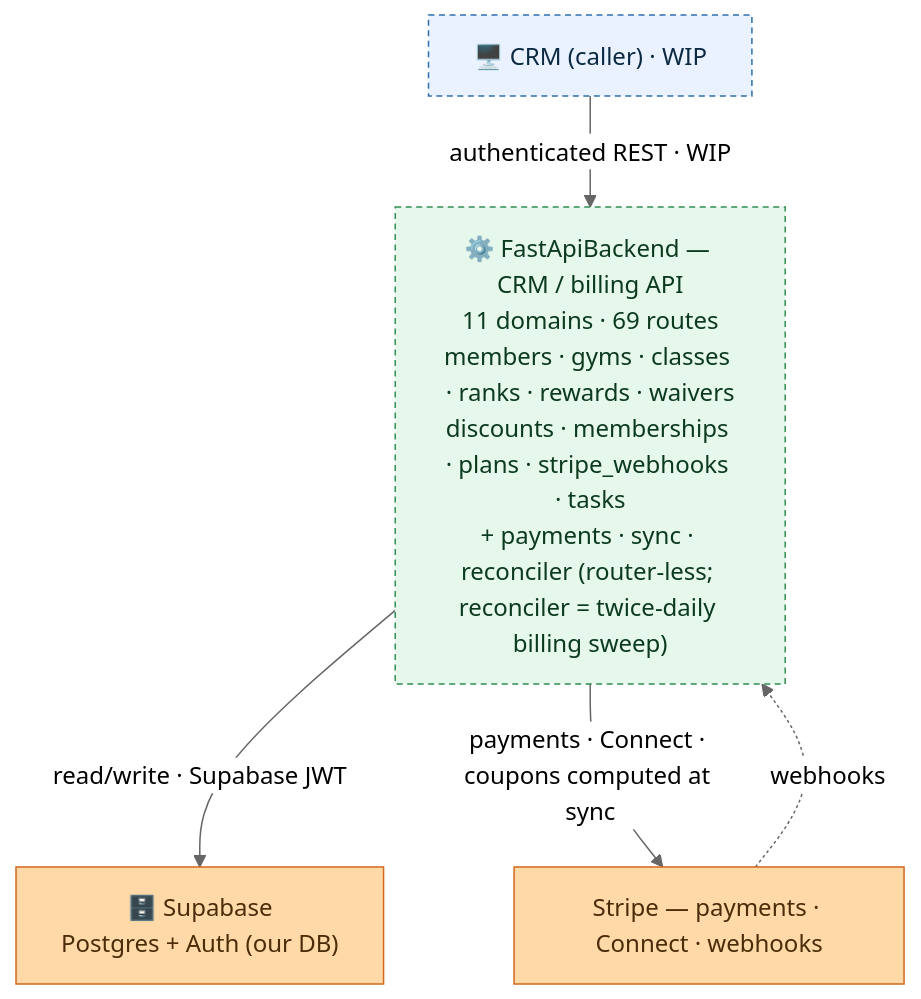
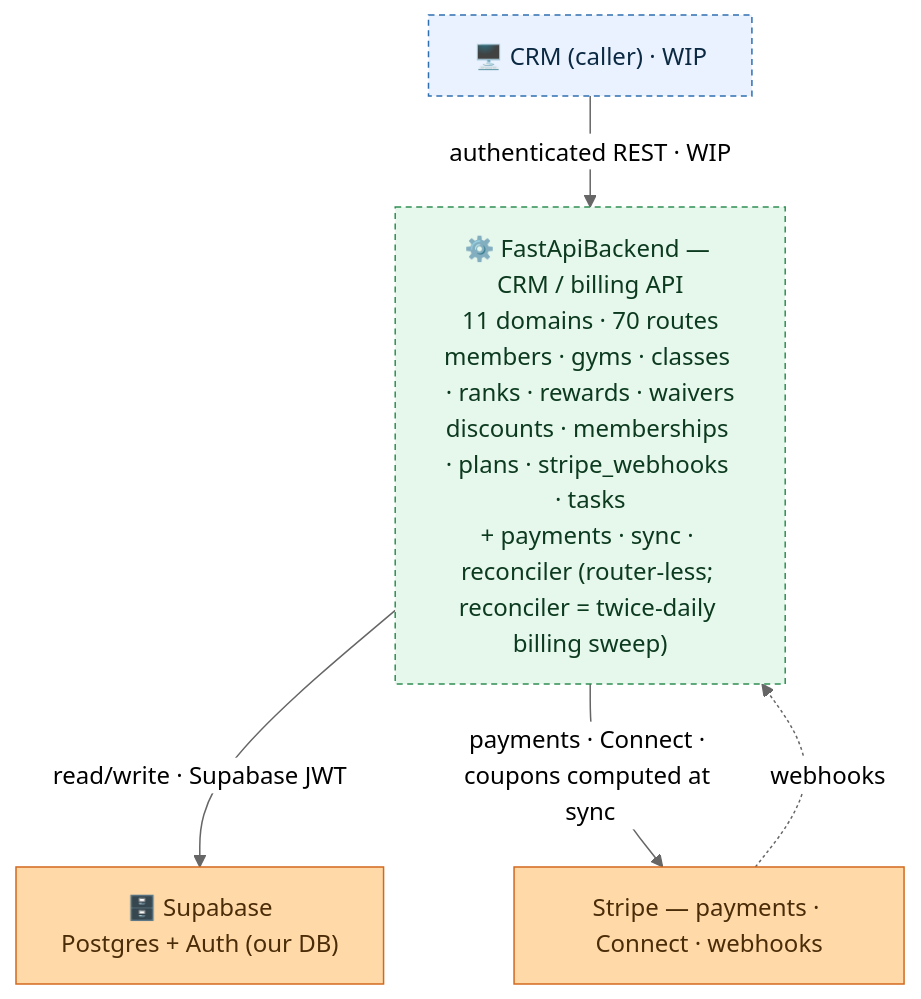
The diagram in FastApiBackend/README.md (jesse51002/CombatDen), drawn with Mermaid (neutral theme) before and after one commit. The commit also changed other lines of this file and 19 other files, not shown here.

First line of the commit message:
Refund a prior charge under member_memberships (card via Stripe + cash)

````diff
--- a/FastApiBackend/README.md
+++ b/FastApiBackend/README.md
@@ -15,19 +15,19 @@
 ```mermaid
 flowchart TB
   CRM["🖥️ CRM (caller) · WIP"]
-  FB["⚙️ FastApiBackend — CRM / billing API<br/>11 domains · 69 routes<br/>members · gyms · classes · ranks · rewards · waivers<br/>discounts · memberships · plans · stripe_webhooks · tasks<br/>+ payments · sync · reconciler (router-less; reconciler = twice-daily billing sweep)"]
+  FB["⚙️ FastApiBackend — CRM / billing API<br/>11 domains · 70 routes<br/>members · gyms · classes · ranks · rewards · waivers<br/>discounts · memberships · plans · stripe_webhooks · tasks<br/>+ payments · sync · reconciler (router-less; reconciler = twice-daily billing sweep)"]
   Supabase["🗄️ Supabase<br/>Postgres + Auth (our DB)"]
   Stripe["Stripe — payments · Connect · webhooks"]
   CRM -->|"authenticated REST · WIP"| FB
   FB -->|"read/write · Supabase JWT"| Supabase
   FB -->|"payments · Connect · coupons computed at sync"| Stripe
   Stripe -.->|"webhooks"| FB
   classDef client fill:#eaf2ff,stroke:#2f6fb0,color:#0b2942;
   classDef svc fill:#e6f7ec,stroke:#2f8f53,color:#0c3a1f;
   classDef ext fill:#ffd9a8,stroke:#d2691e,color:#4a2c08;
   class CRM client;
   class FB svc;
   class Supabase,Stripe ext;
   style CRM stroke-dasharray:4 3;
   style FB stroke-dasharray:4 3;
 ```
````
